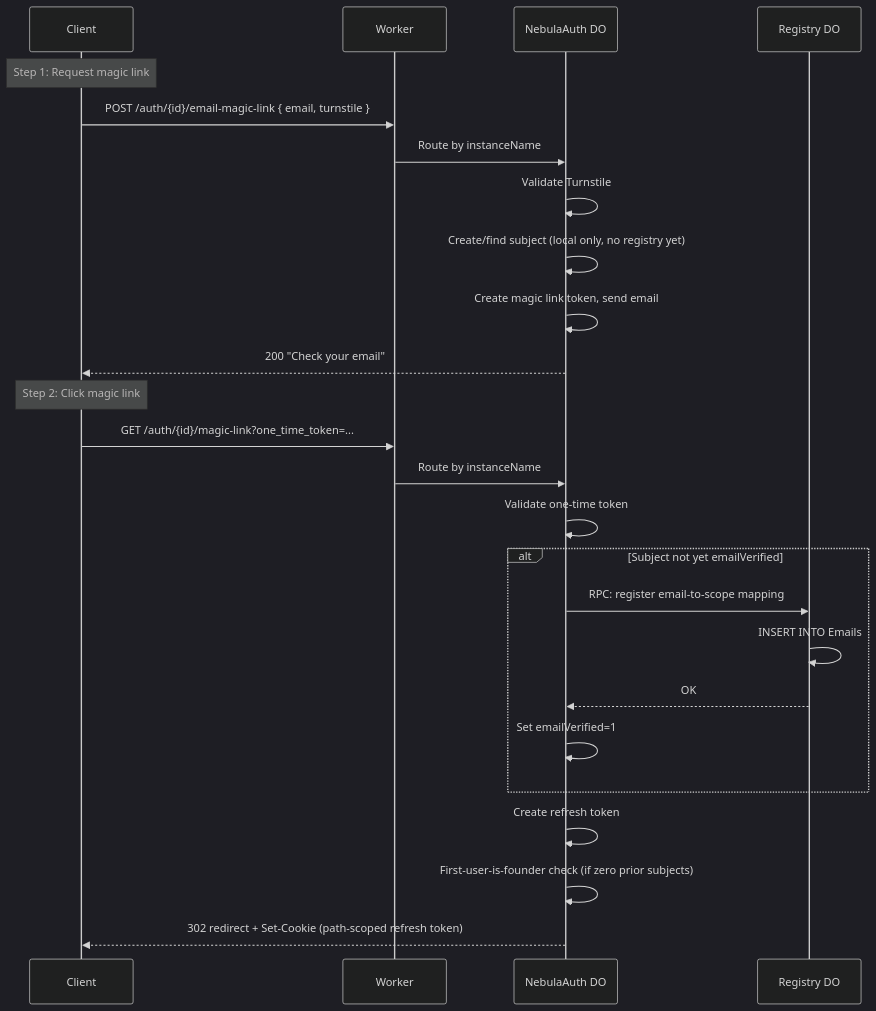
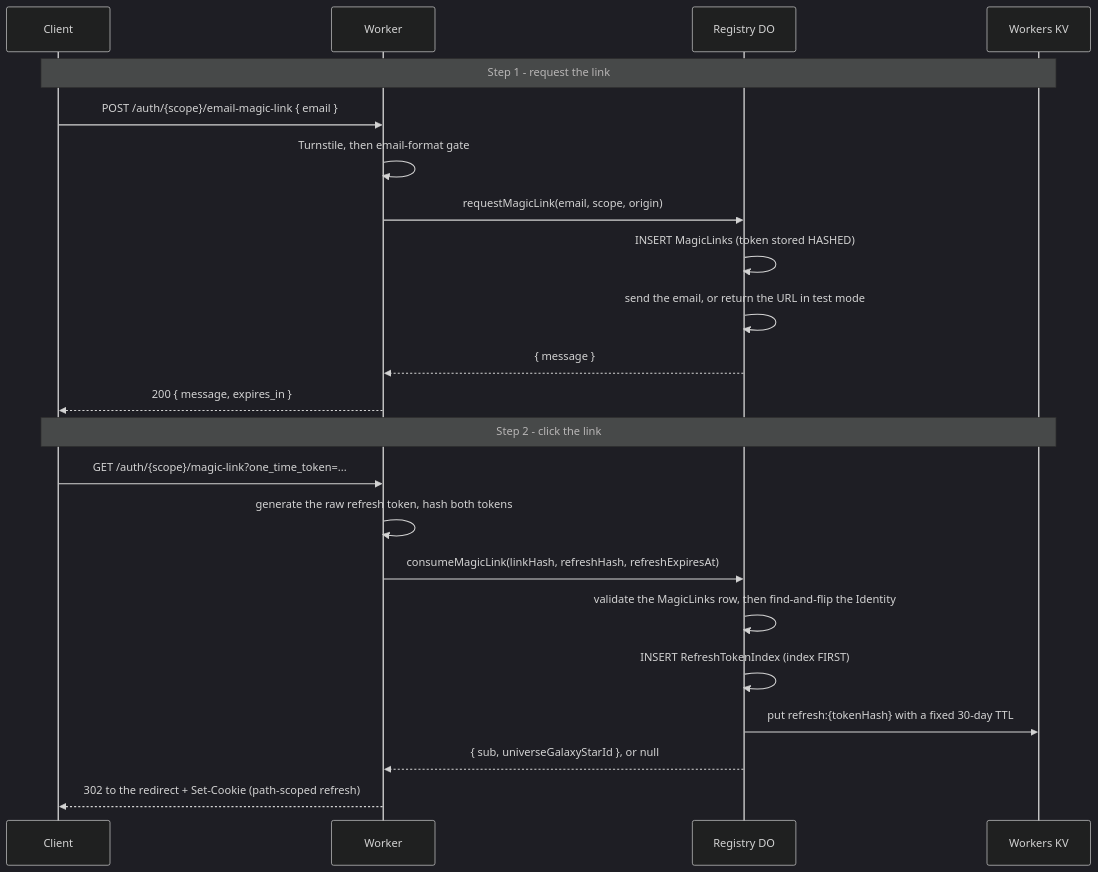
One commit to lumenize/lumenize changed the second of 8 diagrams in packages/nebula-auth/README.md. Above: the diagram before and after it, drawn with Mermaid (dark theme). The commit also changed other lines of this file, not shown here.

First line of the commit message:
docs(nebula-auth): README describes the post-surrogate-sub architecture

````diff
--- a/packages/nebula-auth/README.md
+++ b/packages/nebula-auth/README.md
@@ -159,29 +192,26 @@
 ```mermaid
 sequenceDiagram
     participant C as Client
     participant W as Worker
-    participant NA as NebulaAuth DO
     participant R as Registry DO
+    participant KV as Workers KV
 
-    Note over C: Step 1: Request magic link
-    C->>W: POST /auth/{id}/email-magic-link { email, turnstile }
-    W->>NA: Route by instanceName
-    NA->>NA: Validate Turnstile
-    NA->>NA: Create/find subject (local only, no registry yet)
-    NA->>NA: Create magic link token, send email
-    NA-->>C: 200 "Check your email"
+    Note over C,KV: Step 1 - request the link
+    C->>W: POST /auth/{scope}/email-magic-link { email }
+    W->>W: Turnstile, then email-format gate
+    W->>R: requestMagicLink(email, scope, origin)
+    R->>R: INSERT MagicLinks (token stored HASHED)
+    R->>R: send the email, or return the URL in test mode
+    R-->>W: { message }
+    W-->>C: 200 { message, expires_in }
 
-    Note over C: Step 2: Click magic link
-    C->>W: GET /auth/{id}/magic-link?one_time_token=...
-    W->>NA: Route by instanceName
-    NA->>NA: Validate one-time token
-    alt Subject not yet emailVerified
-        NA->>R: RPC: register email-to-scope mapping
-        R->>R: INSERT INTO Emails
-        R-->>NA: OK
-        NA->>NA: Set emailVerified=1
-    end
-    NA->>NA: Create refresh token
-    NA->>NA: First-user-is-founder check (if zero prior subjects)
-    NA-->>C: 302 redirect + Set-Cookie (path-scoped refresh token)
+    Note over C,KV: Step 2 - click the link
+    C->>W: GET /auth/{scope}/magic-link?one_time_token=...
+    W->>W: generate the raw refresh token, hash both tokens
+    W->>R: consumeMagicLink(linkHash, refreshHash, refreshExpiresAt)
+    R->>R: validate the MagicLinks row, then find-and-flip the Identity
+    R->>R: INSERT RefreshTokenIndex (index FIRST)
+    R->>KV: put refresh:{tokenHash} with a fixed 30-day TTL
+    R-->>W: { sub, universeGalaxyStarId }, or null
+    W-->>C: 302 to the redirect + Set-Cookie (path-scoped refresh)
 ```
````
